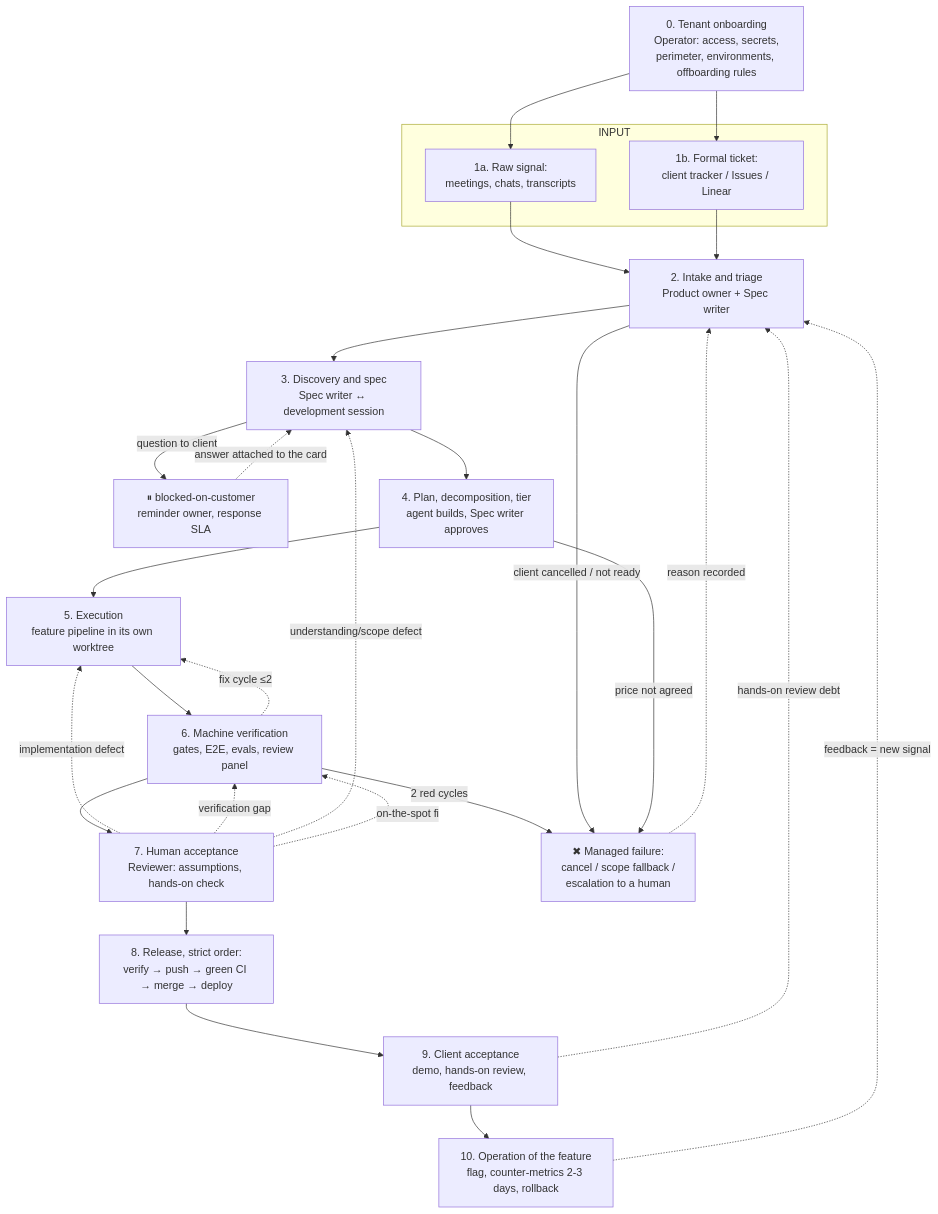
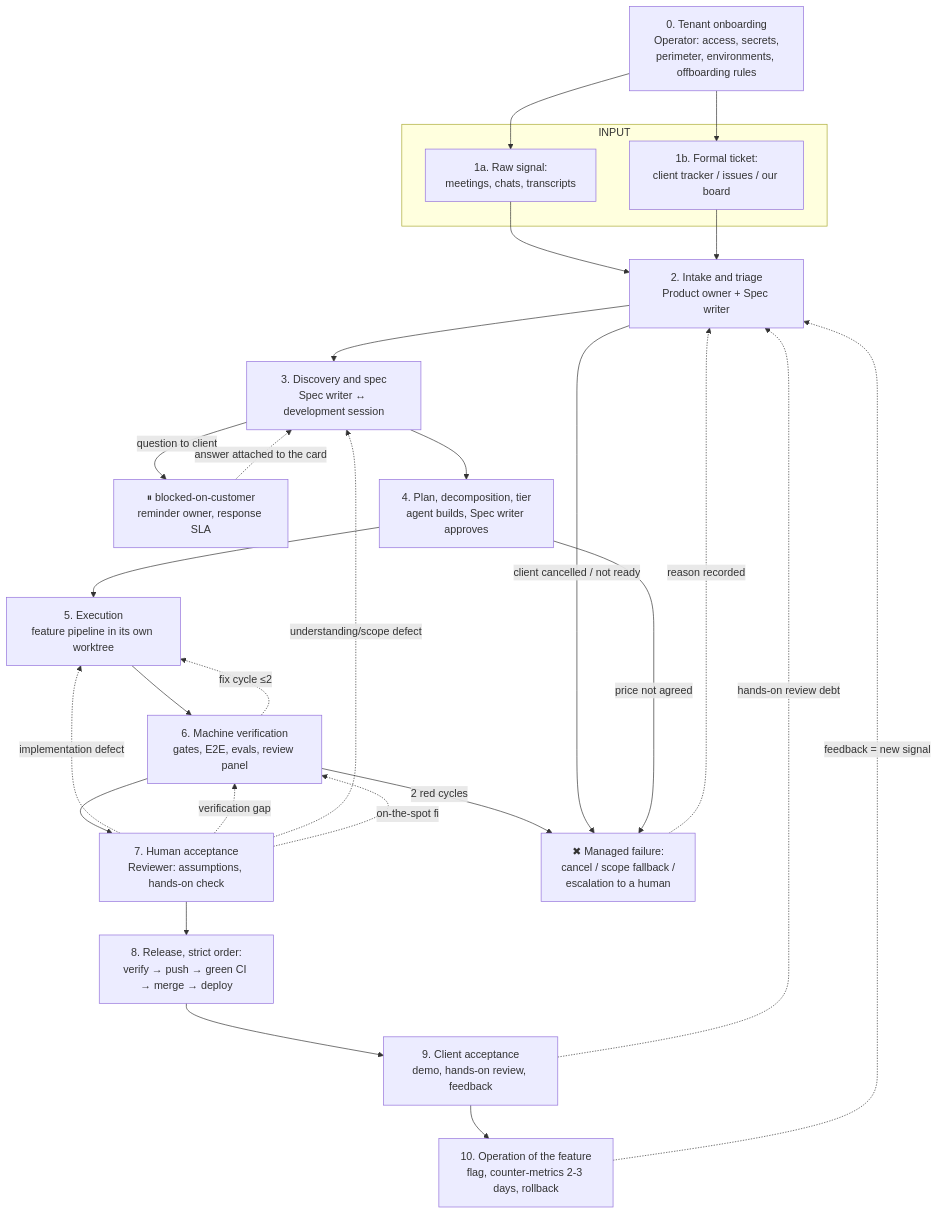
Before and after one commit to ruslantrachuk/dark-factory: the diagram in docs/map.md, drawn with Mermaid. The commit also changed other lines of this file and 26 other files, not shown here.

````diff
--- a/docs/map.md
+++ b/docs/map.md
@@ -47,37 +47,37 @@
 ```mermaid
 flowchart TB
     Z[0. Tenant onboarding<br/>Operator: access, secrets,<br/>perimeter, environments, offboarding rules]
     subgraph INPUT
         A1[1a. Raw signal:<br/>meetings, chats, transcripts]
-        A2[1b. Formal ticket:<br/>client tracker / Issues / Linear]
+        A2[1b. Formal ticket:<br/>client tracker / issues / our board]
     end
     B[2. Intake and triage<br/>Product owner + Spec writer]
     C[3. Discovery and spec<br/>Spec writer ↔ development session]
     W[⏸ blocked-on-customer<br/>reminder owner, response SLA]
     D[4. Plan, decomposition, tier<br/>agent builds, Spec writer approves]
     E[5. Execution<br/>feature pipeline in its own worktree]
     F[6. Machine verification<br/>gates, E2E, evals, review panel]
     G[7. Human acceptance<br/>Reviewer: assumptions, hands-on check]
     H[8. Release, strict order:<br/>verify → push → green CI → merge → deploy]
     I[9. Client acceptance<br/>demo, hands-on review, feedback]
     J[10. Operation of the feature<br/>flag, counter-metrics 2-3 days, rollback]
     X[✖ Managed failure:<br/>cancel / scope fallback /<br/>escalation to a human]
 
     Z --> A1
     Z --> A2
     A1 --> B
     A2 --> B
     B --> C --> D --> E --> F --> G --> H --> I --> J
     C -->|question to client| W -.answer attached to the card.-> C
     J -.feedback = new signal.-> B
     I -.hands-on review debt.-> B
     F -.fix cycle ≤2.-> E
     F -->|2 red cycles| X
     G -.implementation defect.-> E
     G -.verification gap.-> F
     G -.understanding/scope defect.-> C
     G -.on-the-spot fix.-> F
     B -->|client cancelled / not ready| X
     D -->|price not agreed| X
     X -.reason recorded.-> B
 ```
````
